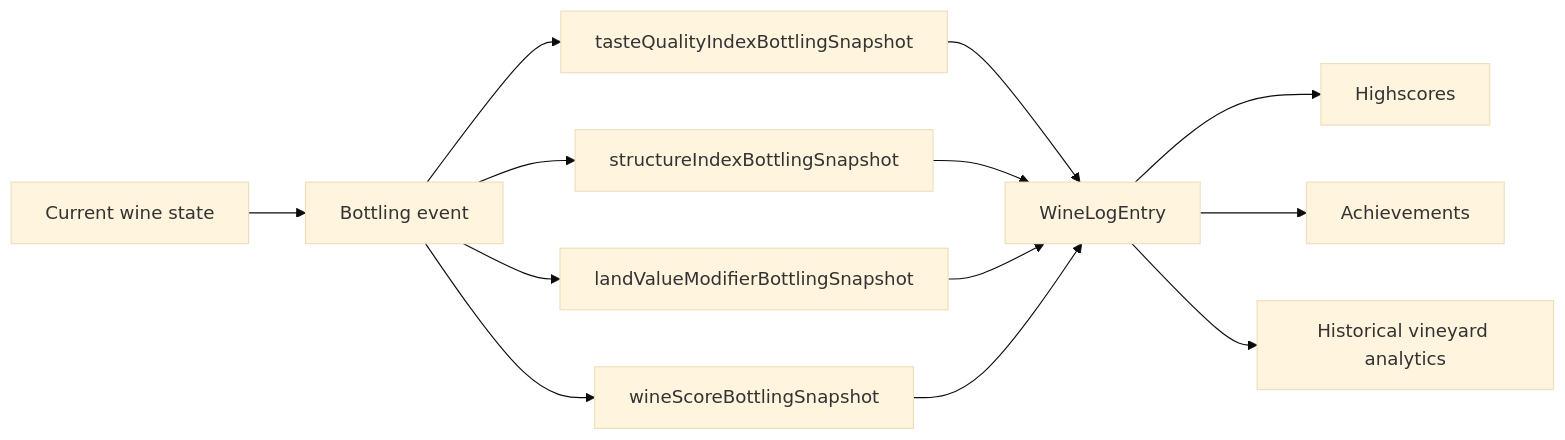
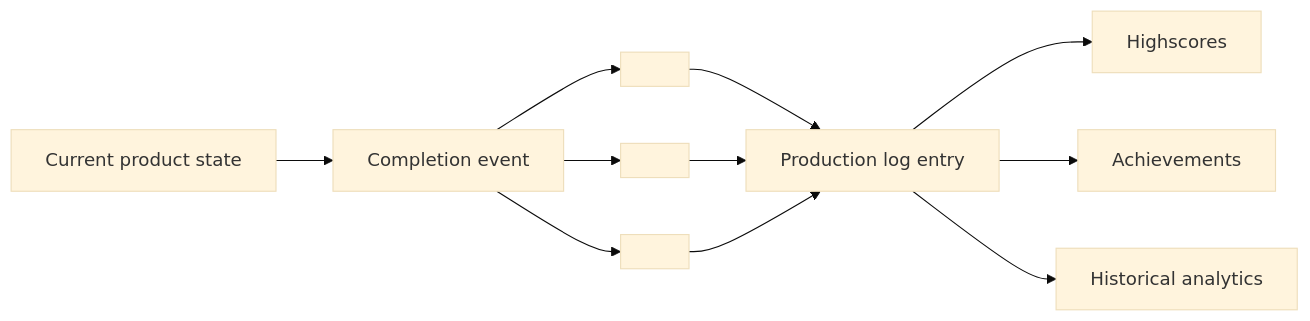
One commit to gram12321/protoproduction changed the seventh of 10 diagrams in docs/VariableRelationshipMap.md. Above: the diagram before and after it, drawn with Mermaid (base theme). The commit also changed other lines of this file and 15 other files, not shown here.

````diff
--- a/docs/VariableRelationshipMap.md
+++ b/docs/VariableRelationshipMap.md
@@ -173,15 +181,13 @@
 ```mermaid
 flowchart LR
-  CUR["Current wine state"] --> BOTTLE["Bottling event"]
-  BOTTLE --> TQB["tasteQualityIndexBottlingSnapshot"]
-  BOTTLE --> SIB["structureIndexBottlingSnapshot"]
-  BOTTLE --> LVMB["landValueModifierBottlingSnapshot"]
-  BOTTLE --> WSB["wineScoreBottlingSnapshot"]
-  TQB --> WL["WineLogEntry"]
-  SIB --> WL
-  LVMB --> WL
-  WSB --> WL
-  WL --> HS["Highscores"]
-  WL --> ACH["Achievements"]
-  WL --> HIST["Historical vineyard analytics"]
+  CUR["Current product state"] --> EVENT["Completion event"]
+  EVENT --> SNAP_Q["<qualitySnapshots@completion>"]
+  EVENT --> SNAP_S["<siteModifierSnapshot@completion>"]
+  EVENT --> SNAP_SC["<aggregateScoreSnapshot@completion>"]
+  SNAP_Q --> LOG["Production log entry"]
+  SNAP_S --> LOG
+  SNAP_SC --> LOG
+  LOG --> HS["Highscores"]
+  LOG --> ACH["Achievements"]
+  LOG --> HIST["Historical analytics"]
 ```
````
